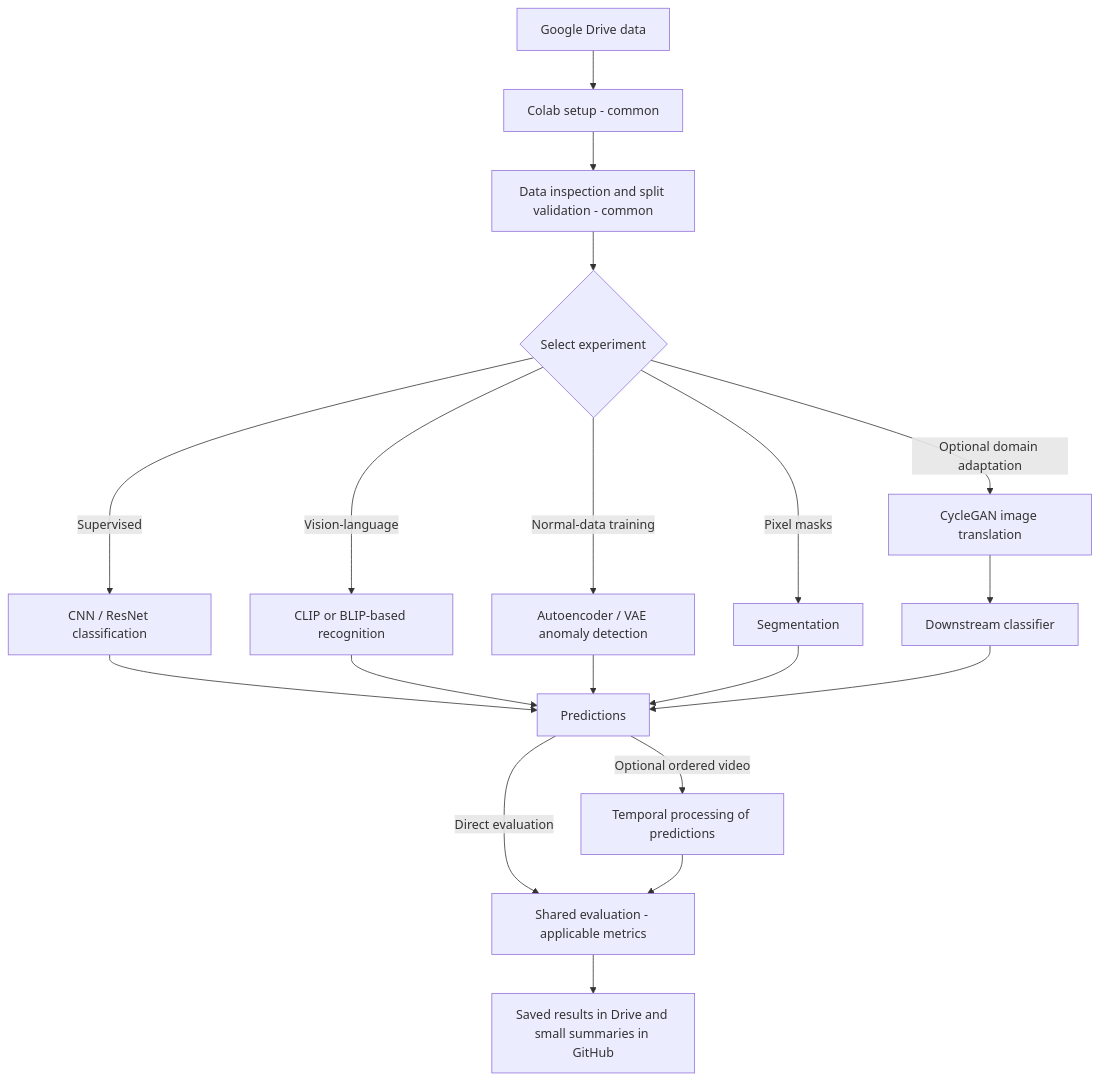
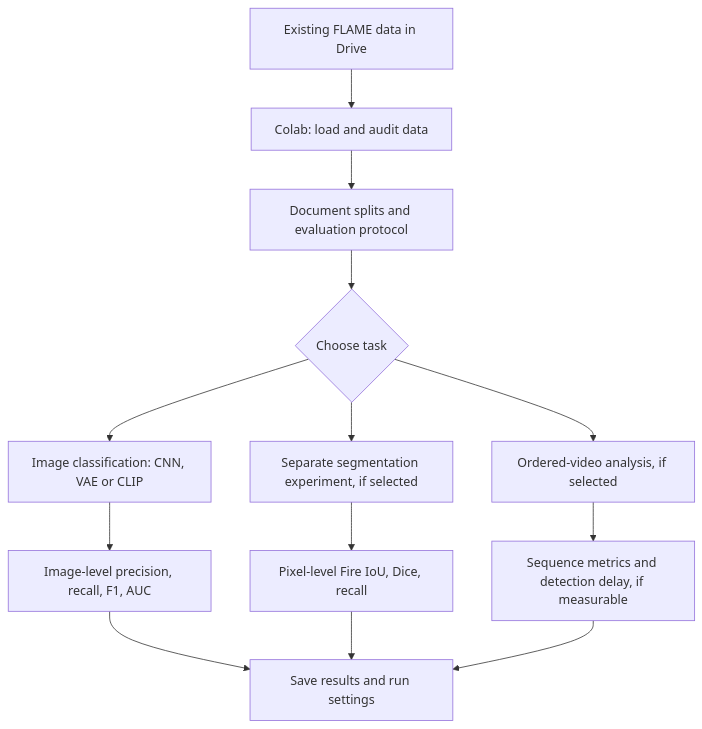
One commit to DavidBraun777/aerial-fire-vision changed the diagram in README.md. Above: the diagram before and after it, drawn with Mermaid. The commit also changed other lines of this file, not shown here.

Commit message:
docs: clarify FLAME provenance, dataset status and research workflow

````diff
--- a/README.md
+++ b/README.md
@@ -97,21 +88,15 @@
 ```mermaid
 flowchart TD
-    A["Google Drive data"] --> B["Colab setup - common"]
-    B --> C["Data inspection and split validation - common"]
-    C --> D{"Select experiment"}
-    D -->|Supervised| E["CNN / ResNet classification"]
-    D -->|Vision-language| F["CLIP or BLIP-based recognition"]
-    D -->|Normal-data training| G["Autoencoder / VAE anomaly detection"]
-    D -->|Pixel masks| H["Segmentation"]
-    D -->|Optional domain adaptation| I["CycleGAN image translation"]
-    I --> J["Downstream classifier"]
-    E --> K["Predictions"]
-    F --> K
-    G --> K
-    H --> K
+    A["Existing FLAME data in Drive"] --> B["Colab: load and audit data"]
+    B --> C["Document splits and evaluation protocol"]
+    C --> D{"Choose task"}
+    D --> E["Image classification: CNN, VAE or CLIP"]
+    D --> F["Separate segmentation experiment, if selected"]
+    D --> G["Ordered-video analysis, if selected"]
+    E --> H["Image-level precision, recall, F1, AUC"]
+    F --> I["Pixel-level Fire IoU, Dice, recall"]
+    G --> J["Sequence metrics and detection delay, if measurable"]
+    H --> K["Save results and run settings"]
+    I --> K
     J --> K
-    K -->|Direct evaluation| L["Shared evaluation - applicable metrics"]
-    K -->|Optional ordered video| M["Temporal processing of predictions"]
-    M --> L
-    L --> N["Saved results in Drive and small summaries in GitHub"]
 ```
````
